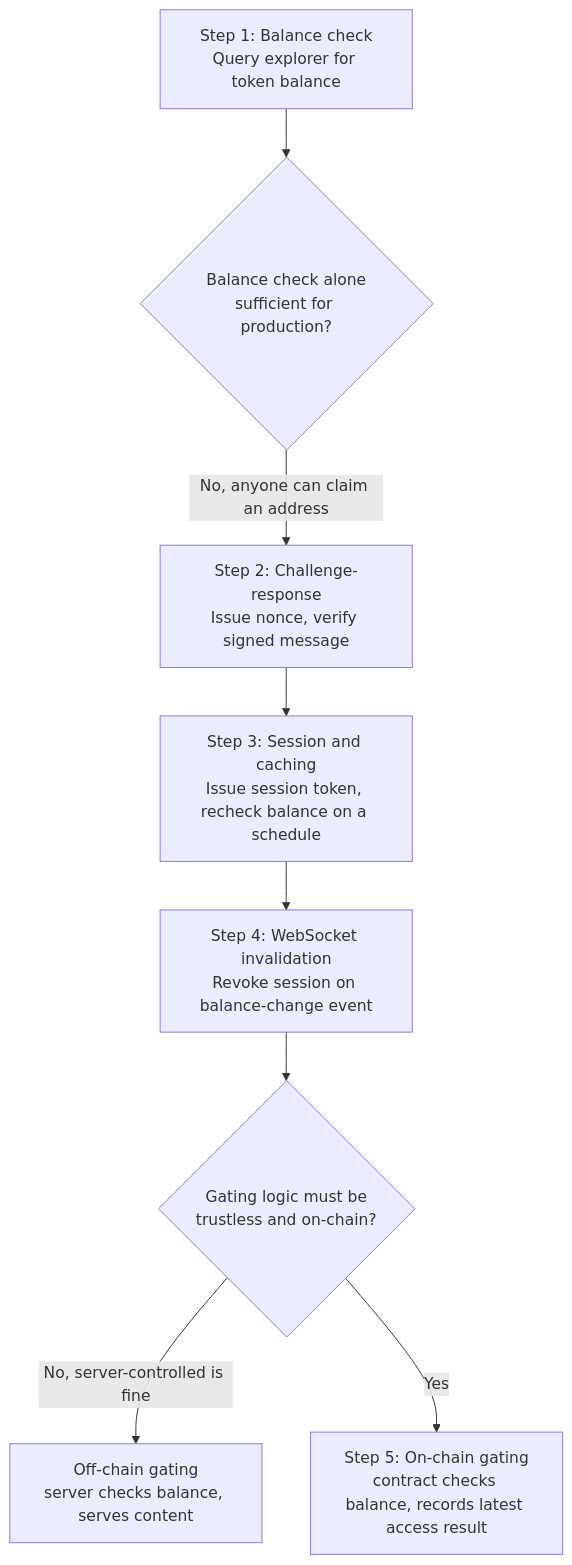
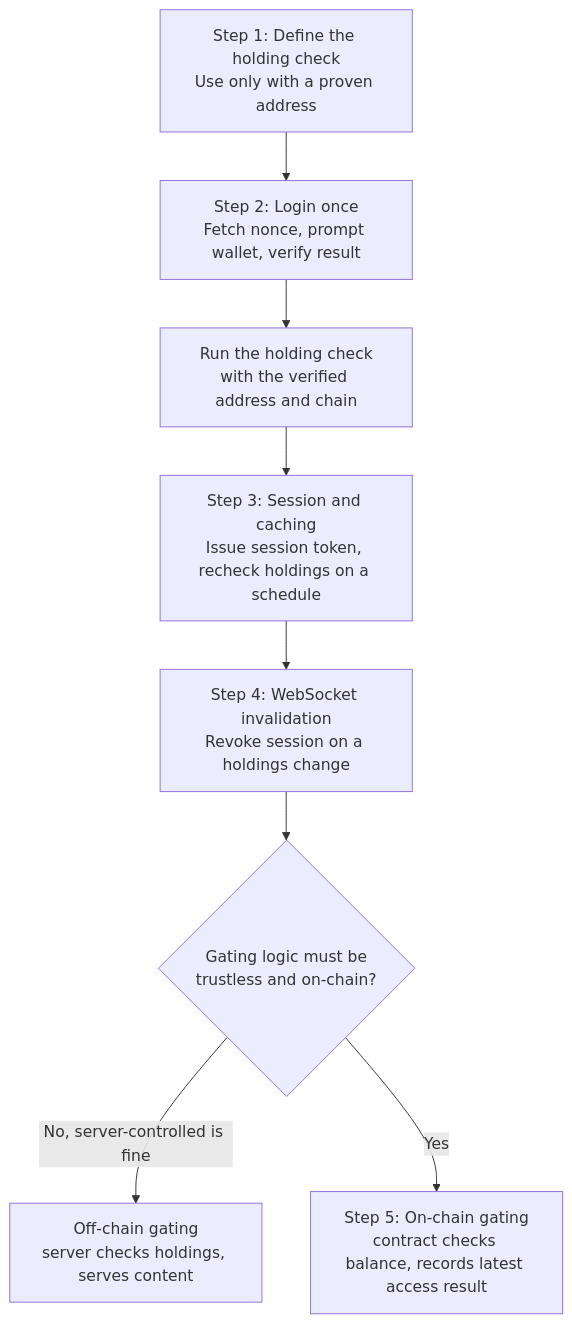
The diagram in developer-guide/integration-patterns.md (XChain-Platform/xchain-documentation), drawn with Mermaid before and after one commit. The commit also changed other lines of this file, not shown here.

First line of the commit message:
docs: modernize token gate login flow

````diff
--- a/developer-guide/integration-patterns.md
+++ b/developer-guide/integration-patterns.md
@@ -152,10 +152,10 @@
 ```mermaid
 flowchart TD
-    A["Step 1: Balance check<br>Query explorer for token balance"] --> B{"Balance check alone<br>sufficient for production?"}
-    B -->|"No, anyone can claim an address"| C["Step 2: Challenge-response<br>Issue nonce, verify signed message"]
-    C --> D["Step 3: Session and caching<br>Issue session token, recheck balance on a schedule"]
-    D --> E["Step 4: WebSocket invalidation<br>Revoke session on balance-change event"]
+    A["Step 1: Define the holding check<br>Use only with a proven address"] --> B["Step 2: Login once<br>Fetch nonce, prompt wallet, verify result"]
+    B --> C["Run the holding check<br>with the verified address and chain"]
+    C --> D["Step 3: Session and caching<br>Issue session token, recheck holdings on a schedule"]
+    D --> E["Step 4: WebSocket invalidation<br>Revoke session on a holdings change"]
     E --> F{"Gating logic must be<br>trustless and on-chain?"}
-    F -->|"No, server-controlled is fine"| G["Off-chain gating<br>server checks balance, serves content"]
+    F -->|"No, server-controlled is fine"| G["Off-chain gating<br>server checks holdings, serves content"]
     F -->|"Yes"| H["Step 5: On-chain gating<br>contract checks balance, records latest access result"]
 ```
````
